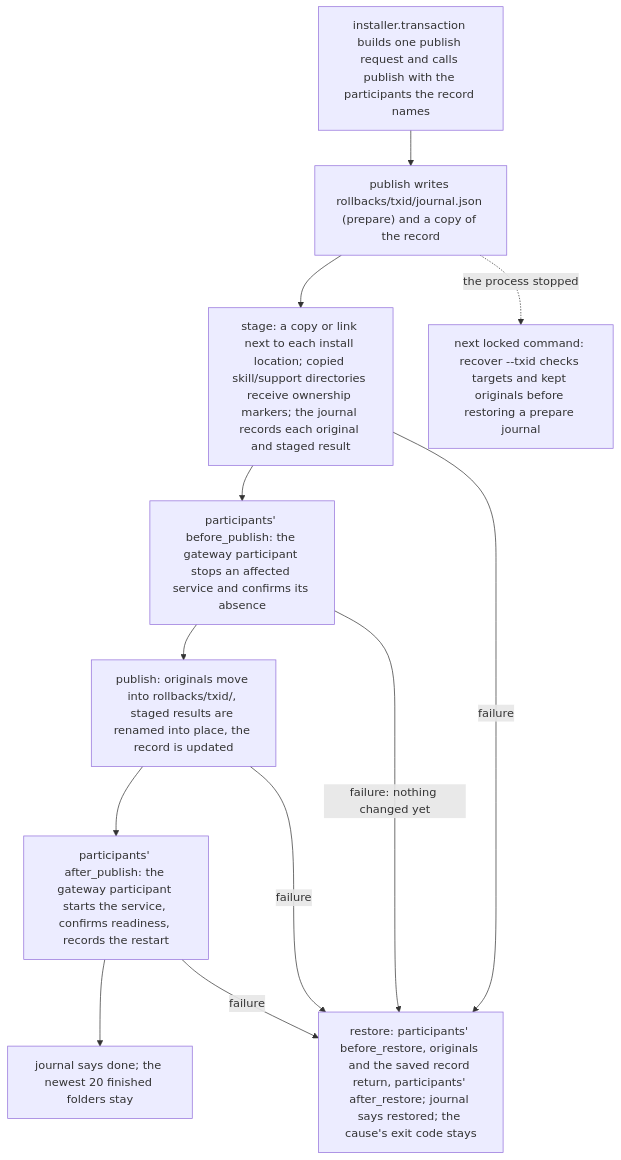
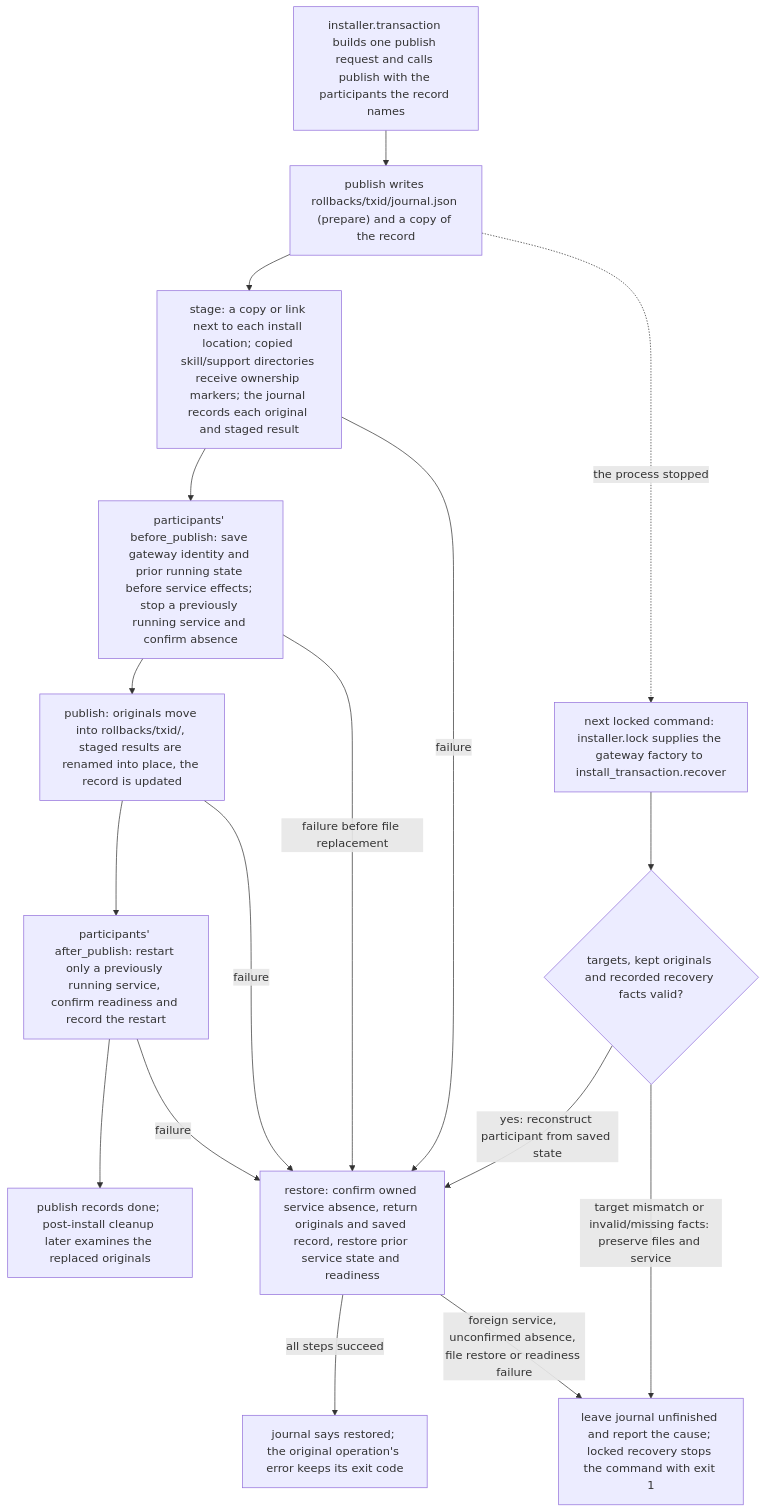
Before and after one commit to AidALL/ghost-alice: the first of 2 diagrams in docs/reference/installer-architecture.md, drawn with Mermaid. The commit also changed other lines of this file and 135 other files, not shown here.

First line of the commit message:
Align install cleanup, uninstall results, and command parsing (#161) [skip ci]

````diff
--- a/docs/reference/installer-architecture.md
+++ b/docs/reference/installer-architecture.md
@@ -114,18 +115,26 @@
 ```mermaid
 flowchart TB
     REQ["installer.transaction builds one publish request and calls publish with the participants the record names"]
     JR["publish writes rollbacks/txid/journal.json (prepare) and a copy of the record"]
     ST["stage: a copy or link next to each install location; copied skill/support directories receive ownership markers; the journal records each original and staged result"]
-    BEF["participants' before_publish: the gateway participant stops an affected service and confirms its absence"]
+    BEF["participants' before_publish: save gateway identity and prior running state before service effects; stop a previously running service and confirm absence"]
     PUB["publish: originals move into rollbacks/txid/, staged results are renamed into place, the record is updated"]
-    AFT["participants' after_publish: the gateway participant starts the service, confirms readiness, records the restart"]
-    DONE["journal says done; the newest 20 finished folders stay"]
-    RS["restore: participants' before_restore, originals and the saved record return, participants' after_restore; journal says restored; the cause's exit code stays"]
-    NEXT["next locked command: recover --txid checks targets and kept originals before restoring a prepare journal"]
+    AFT["participants' after_publish: restart only a previously running service, confirm readiness and record the restart"]
+    DONE["publish records done; post-install cleanup later examines the replaced originals"]
+    RS["restore: confirm owned service absence, return originals and saved record, restore prior service state and readiness"]
+    RESTORED["journal says restored; the original operation's error keeps its exit code"]
+    NEXT["next locked command: installer.lock supplies the gateway factory to install_transaction.recover"]
+    CHECK{"targets, kept originals and recorded recovery facts valid?"}
+    HOLD["leave journal unfinished and report the cause; locked recovery stops the command with exit 1"]
     REQ --> JR --> ST --> BEF --> PUB --> AFT --> DONE
     ST -->|"failure"| RS
-    BEF -->|"failure: nothing changed yet"| RS
+    BEF -->|"failure before file replacement"| RS
     PUB -->|"failure"| RS
     AFT -->|"failure"| RS
     JR -.->|"the process stopped"| NEXT
+    NEXT --> CHECK
+    CHECK -->|"yes: reconstruct participant from saved state"| RS
+    CHECK -->|"target mismatch or invalid/missing facts: preserve files and service"| HOLD
+    RS -->|"all steps succeed"| RESTORED
+    RS -->|"foreign service, unconfirmed absence, file restore or readiness failure"| HOLD
 ```
````
